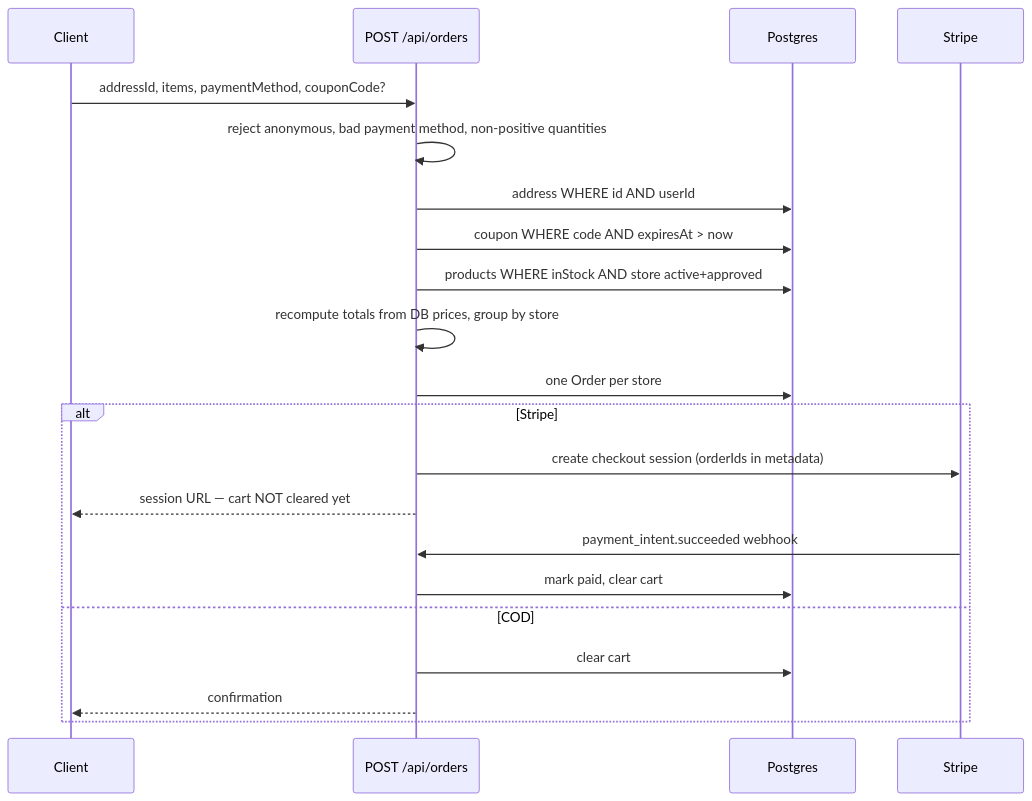
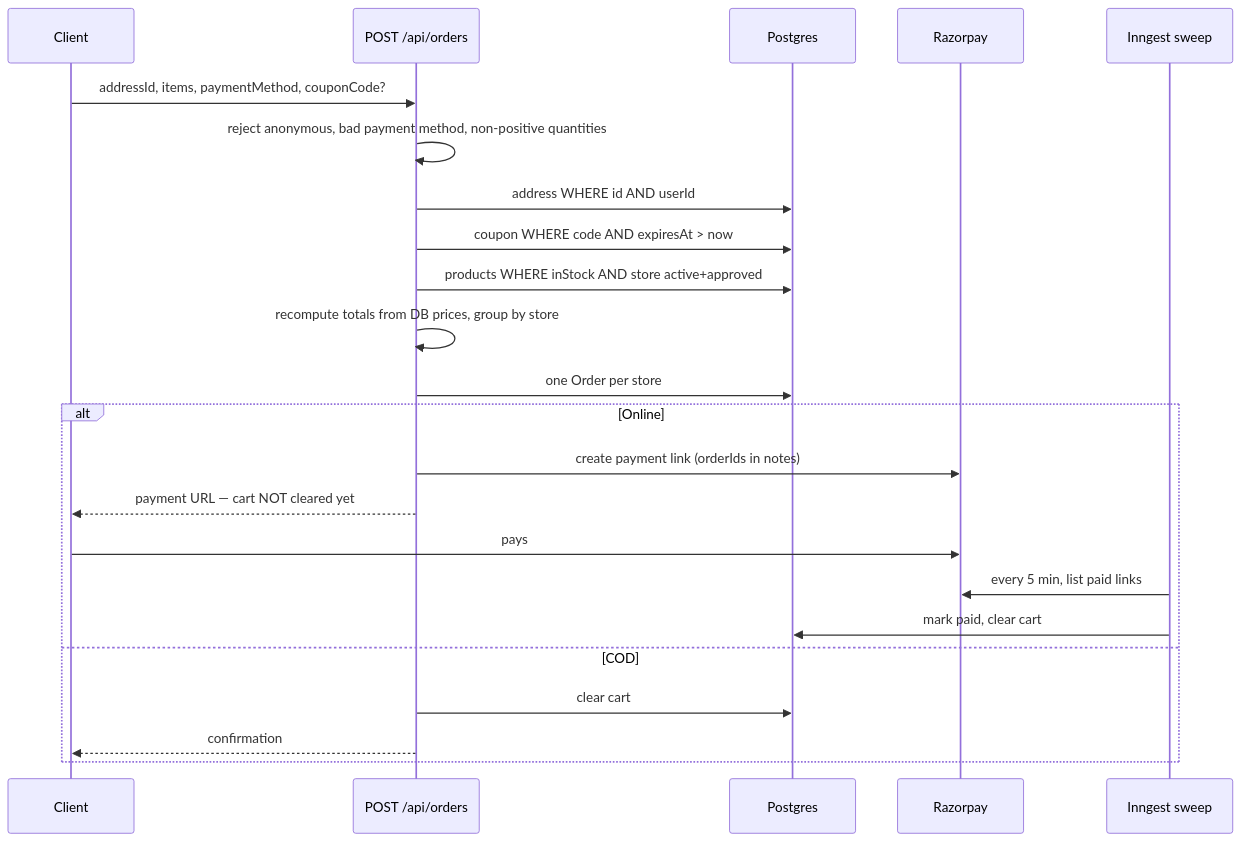
Before and after one commit to ManavS24/GoCart: the third of 3 diagrams in docs/ARCHITECTURE.md, drawn with Mermaid. The commit also changed other lines of this file and 3 other files, not shown here.

````diff
--- a/docs/ARCHITECTURE.md
+++ b/docs/ARCHITECTURE.md
@@ -62,23 +65,25 @@
 ```mermaid
 sequenceDiagram
   participant C as Client
   participant A as POST /api/orders
   participant D as Postgres
-  participant S as Stripe
+  participant R as Razorpay
+  participant J as Inngest sweep
   C->>A: addressId, items, paymentMethod, couponCode?
   A->>A: reject anonymous, bad payment method, non-positive quantities
   A->>D: address WHERE id AND userId
   A->>D: coupon WHERE code AND expiresAt > now
   A->>D: products WHERE inStock AND store active+approved
   A->>A: recompute totals from DB prices, group by store
   A->>D: one Order per store
-  alt Stripe
-    A->>S: create checkout session (orderIds in metadata)
-    A-->>C: session URL — cart NOT cleared yet
-    S->>A: payment_intent.succeeded webhook
-    A->>D: mark paid, clear cart
+  alt Online
+    A->>R: create payment link (orderIds in notes)
+    A-->>C: payment URL — cart NOT cleared yet
+    C->>R: pays
+    J->>R: every 5 min, list paid links
+    J->>D: mark paid, clear cart
   else COD
     A->>D: clear cart
     A-->>C: confirmation
   end
 ```
````
